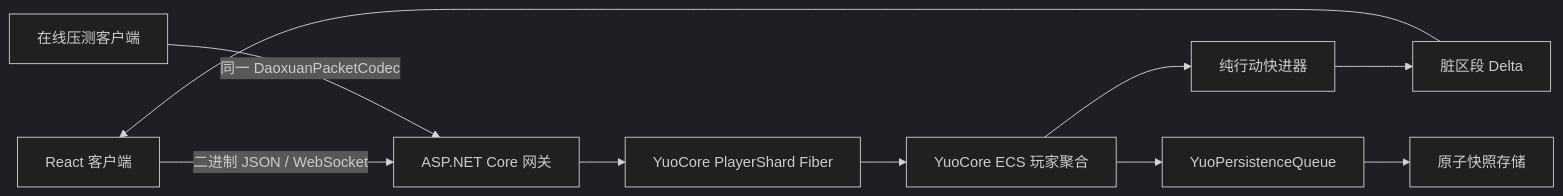
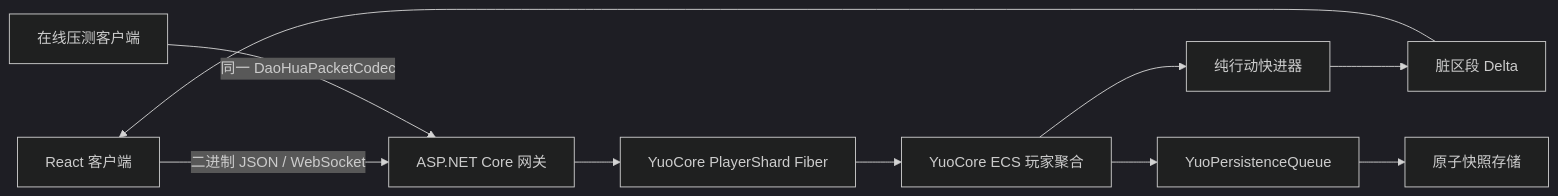
One commit to fruktoguo/daohua changed the diagram in docs/design/initial-design.md. Above: the diagram before and after it, drawn with Mermaid (dark theme). The commit also changed other lines of this file and 17 other files, not shown here.

````diff
--- a/docs/design/initial-design.md
+++ b/docs/design/initial-design.md
@@ -87,12 +87,12 @@
 ```mermaid
 flowchart LR
     UI[React 客户端] -->|二进制 JSON / WebSocket| WS[ASP.NET Core 网关]
-    LOAD[在线压测客户端] -->|同一 DaoxuanPacketCodec| WS
+    LOAD[在线压测客户端] -->|同一 DaoHuaPacketCodec| WS
     WS --> FIBER[YuoCore PlayerShard Fiber]
     FIBER --> ECS[YuoCore ECS 玩家聚合]
     ECS --> SIM[纯行动快进器]
     SIM --> DELTA[脏区段 Delta]
     DELTA --> UI
     ECS --> QUEUE[YuoPersistenceQueue]
     QUEUE --> SNAPSHOT[原子快照存储]
 ```
````
